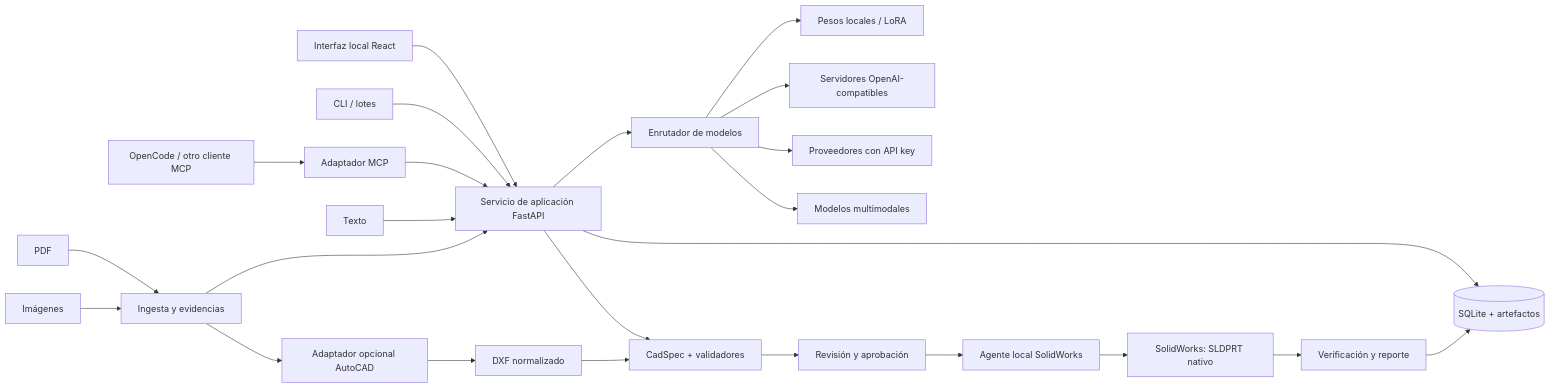
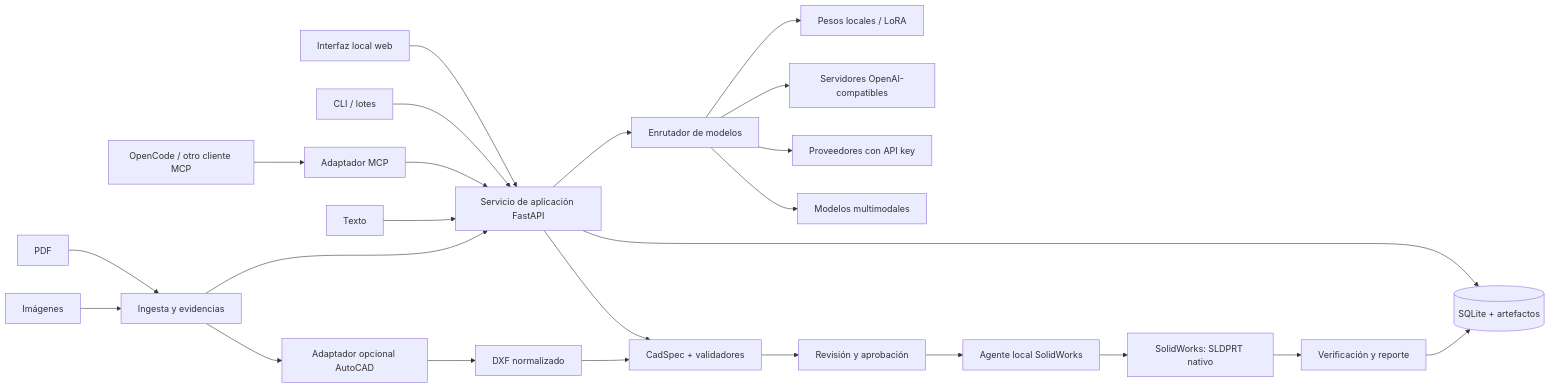
Before and after one commit to morrochilo/AUTOSOLID: the first of 2 diagrams in docs/02-arquitectura.md, drawn with Mermaid. The commit also changed other lines of this file and 69 other files, not shown here.

````diff
--- a/docs/02-arquitectura.md
+++ b/docs/02-arquitectura.md
@@ -7,31 +7,31 @@
 ```mermaid
 flowchart LR
-    UI[Interfaz local React] --> APP[Servicio de aplicación FastAPI]
+    UI[Interfaz local web] --> APP[Servicio de aplicación FastAPI]
     OC[OpenCode / otro cliente MCP] --> MCP[Adaptador MCP]
     API[CLI / lotes] --> APP
     MCP --> APP
 
     PDF[PDF] --> INGEST[Ingesta y evidencias]
     IMG[Imágenes] --> INGEST
     TXT[Texto] --> APP
     INGEST --> APP
 
     APP --> ROUTER[Enrutador de modelos]
     ROUTER --> LOCAL[Pesos locales / LoRA]
     ROUTER --> OAI[Servidores OpenAI-compatibles]
     ROUTER --> CLOUD[Proveedores con API key]
     ROUTER --> VLM[Modelos multimodales]
 
     APP --> SPEC[CadSpec + validadores]
     SPEC --> REVIEW[Revisión y aprobación]
     REVIEW --> AGENT[Agente local SolidWorks]
     AGENT --> SW[SolidWorks: SLDPRT nativo]
 
     INGEST --> ACAD[Adaptador opcional AutoCAD]
     ACAD --> DXF[DXF normalizado]
     DXF --> SPEC
 
     APP --> STORE[(SQLite + artefactos)]
     SW --> VERIFY[Verificación y reporte]
     VERIFY --> STORE
 ```
````
